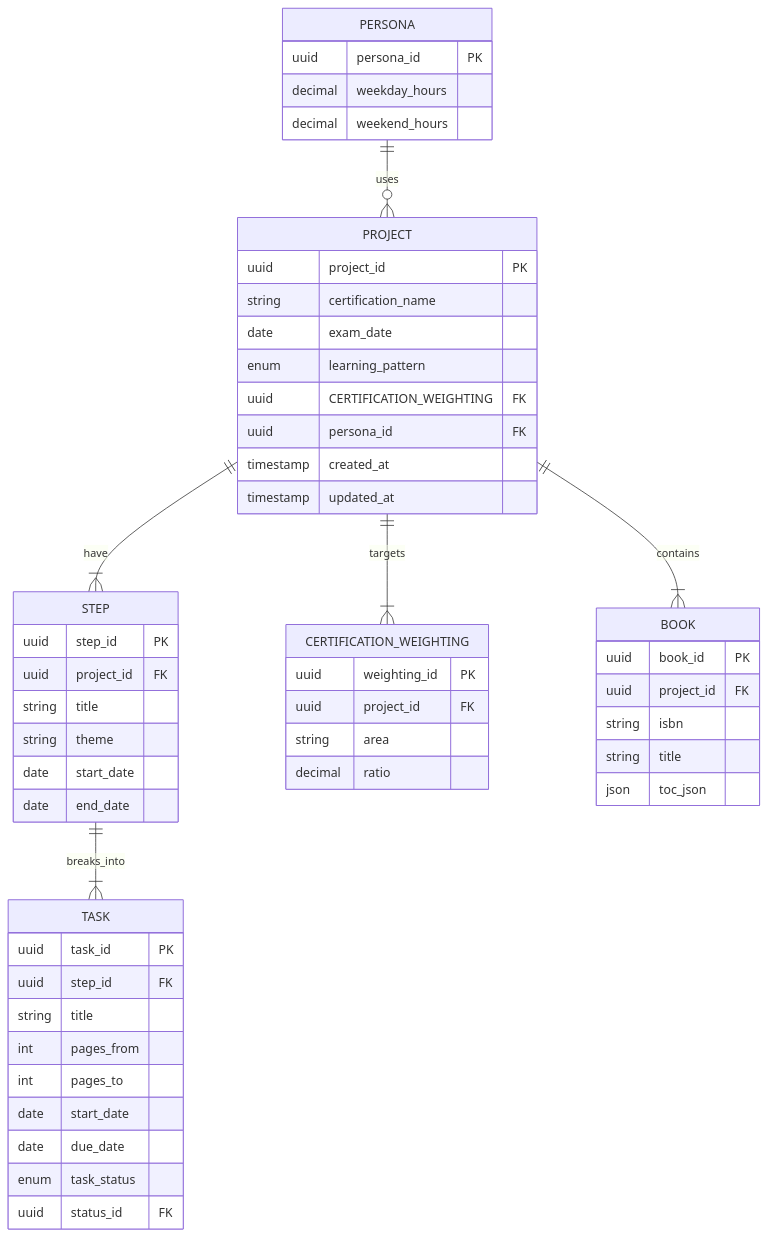
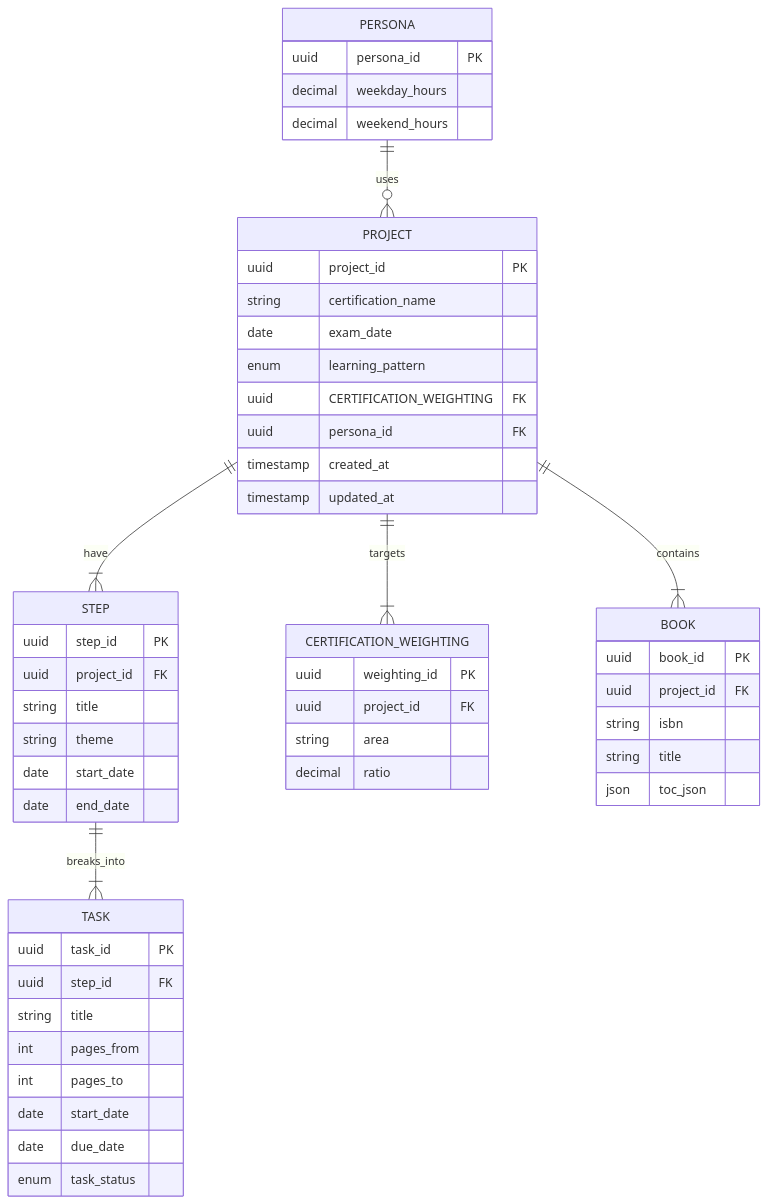
Before and after one commit to study-basic-hackathon/lazy-bear: the diagram in docs/設計/erDiagram.md, drawn with Mermaid. The commit also changed 1 other file, not shown here.

Commit message:
taskテーブルにある不要な外部キーカラムを削除

````diff
--- a/docs/設計/erDiagram.md
+++ b/docs/設計/erDiagram.md
@@ -3,64 +3,63 @@
 ```mermaid
 erDiagram
   PROJECT ||--|{ STEP : have
   STEP ||--|{ TASK : breaks_into
 
   PERSONA ||--o{ PROJECT : uses
   PROJECT ||--|{ CERTIFICATION_WEIGHTING : targets
   PROJECT ||--|{ BOOK : contains
 
   PROJECT {
     uuid project_id PK
     string certification_name
     date exam_date
     enum learning_pattern
     %% "インプット先行パターン|アウトプット先行パターン（2レコード想定）"
     uuid CERTIFICATION_WEIGHTING FK
     uuid persona_id FK
     timestamp created_at
     timestamp updated_at
   }
 
   STEP {
     uuid step_id PK
     uuid project_id FK
     string title
     string theme
     date start_date
     date end_date
   }
 
   TASK {
     uuid task_id PK
     uuid step_id FK
     string title
     int    pages_from
     int    pages_to
     date   start_date
     date   due_date
     enum   task_status
     %% "undo|doing|done|blocked（4レコード想定）"
-    uuid   status_id FK
   }
 
   PERSONA {
     uuid persona_id PK
     decimal weekday_hours
     decimal weekend_hours
   }
 
   BOOK {
     uuid book_id PK
     uuid project_id FK
     string isbn
     string title
     json   toc_json
   }
 
   CERTIFICATION_WEIGHTING {
     uuid weighting_id PK
     uuid project_id FK
     string area
     decimal ratio
   }
 ```
````
